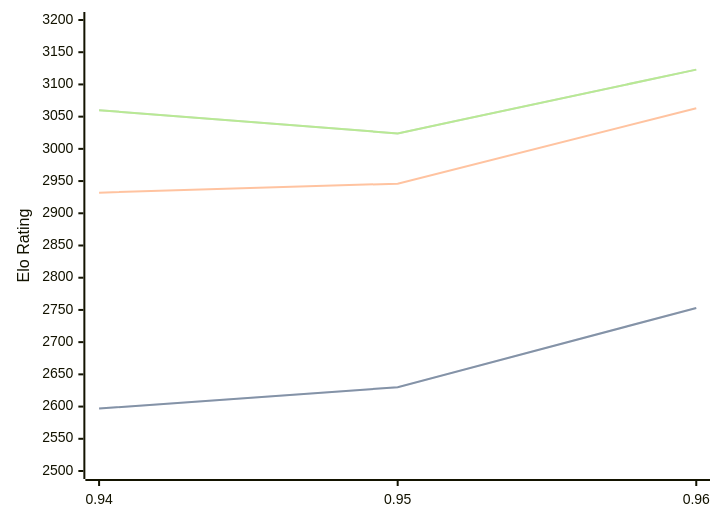
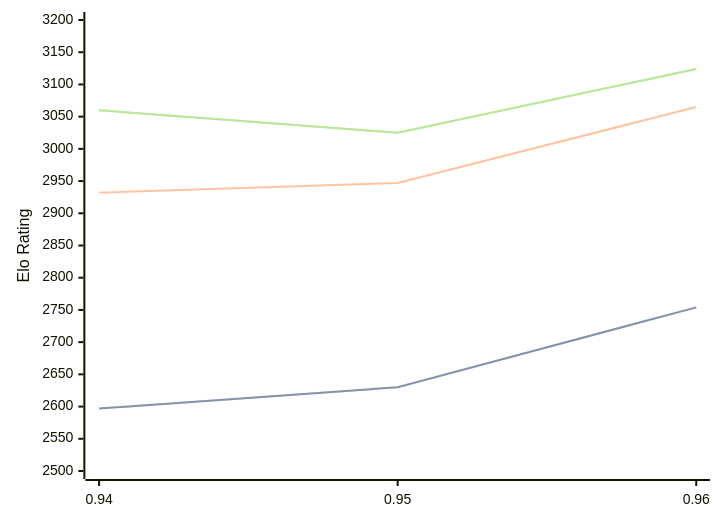
The diagram in engines/Myrddin.md (computer-chess-index/cci), drawn with Mermaid before and after one commit. The commit also changed other lines of this file, not shown here.

Commit message:
Update CCI Ratings (ELO VLTC) - 2026-09-14

````diff
--- a/engines/Myrddin.md
+++ b/engines/Myrddin.md
@@ -33,11 +33,11 @@
 ```mermaid
 %%{init: {"theme":"base","themeVariables":{"seriesColors:['#a3a3a3','#222221','#faa371']}}}%%
 xychart-beta
   x-axis ["0.94", "0.95", "0.96"]
   y-axis "Elo Rating" 2500 --> 3200
-  line "" [2597, 2630, 2753]
-  line "STC (8.0+0.08s)" [2597, 2630, 2753]
-  line "LTC (60.0+0.60s)" [2932, 2946, 3063]
-  line "" [3060, 3024, 3123]
-  line "VLTC (2m24s+1.12s)" [3060, 3024, 3123]
+  line "" [2597, 2630, 2754]
+  line "STC (8.0+0.08s)" [2597, 2630, 2754]
+  line "LTC (60.0+0.60s)" [2932, 2947, 3065]
+  line "" [3060, 3025, 3124]
+  line "VLTC (2m24s+1.12s)" [3060, 3025, 3124]
 ```
````
